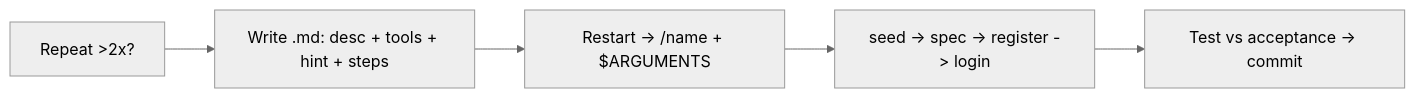
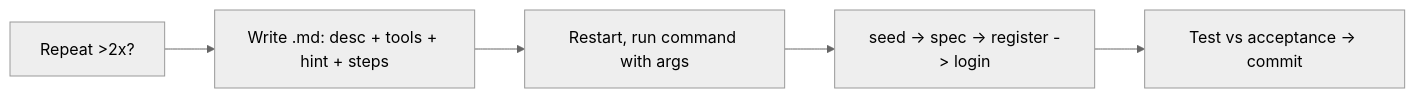
One commit to lakshay-goyal/learning-phase changed the diagram in AI-Engineering/Claude-Code/notes/08-Custom-Slash-Commands-Auth.md. Above: the diagram before and after it, drawn with Mermaid (neutral theme). The commit also changed other lines of this file and 39 other files, not shown here.

````diff
--- a/AI-Engineering/Claude-Code/notes/08-Custom-Slash-Commands-Auth.md
+++ b/AI-Engineering/Claude-Code/notes/08-Custom-Slash-Commands-Auth.md
@@ -71,7 +76,7 @@
 ```mermaid
 flowchart LR
   A[Repeat >2x?] --> B[Write .md: desc + tools + hint + steps]
-  B --> C[Restart -> /name + $ARGUMENTS]
+  B --> C[Restart, run command with args]
   C --> D[seed -> spec -> register -> login]
   D --> E[Test vs acceptance -> commit]
 ```
````
